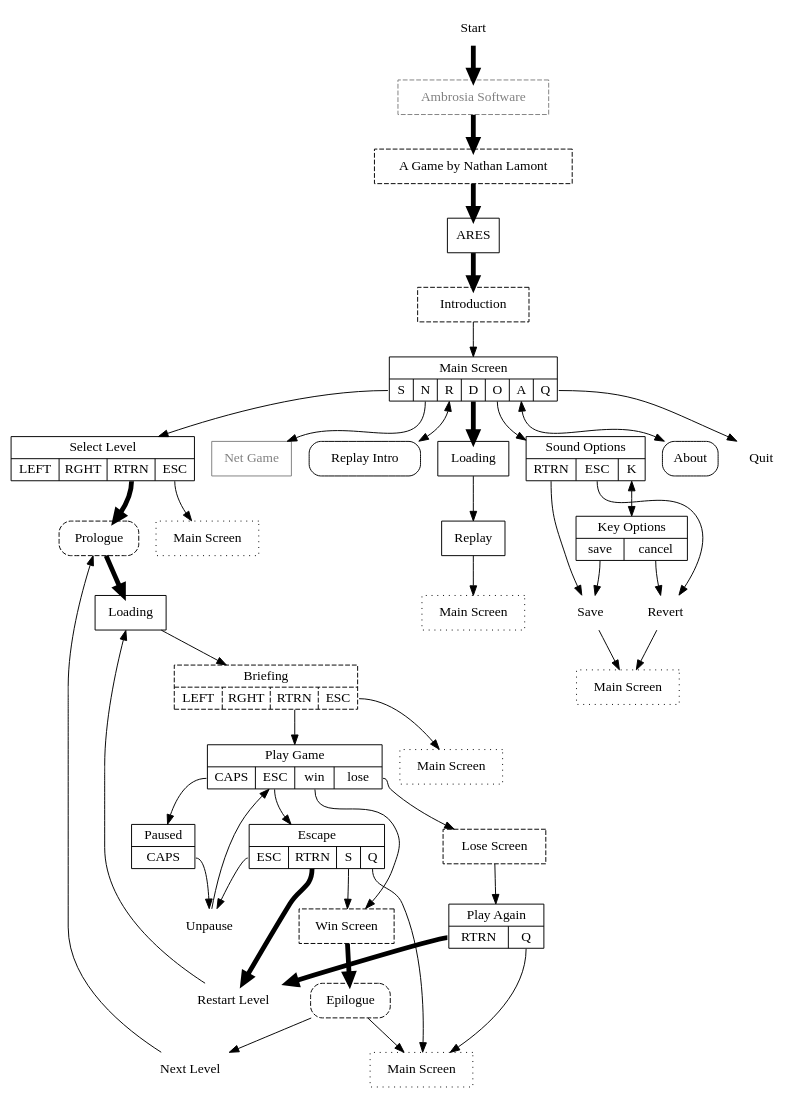
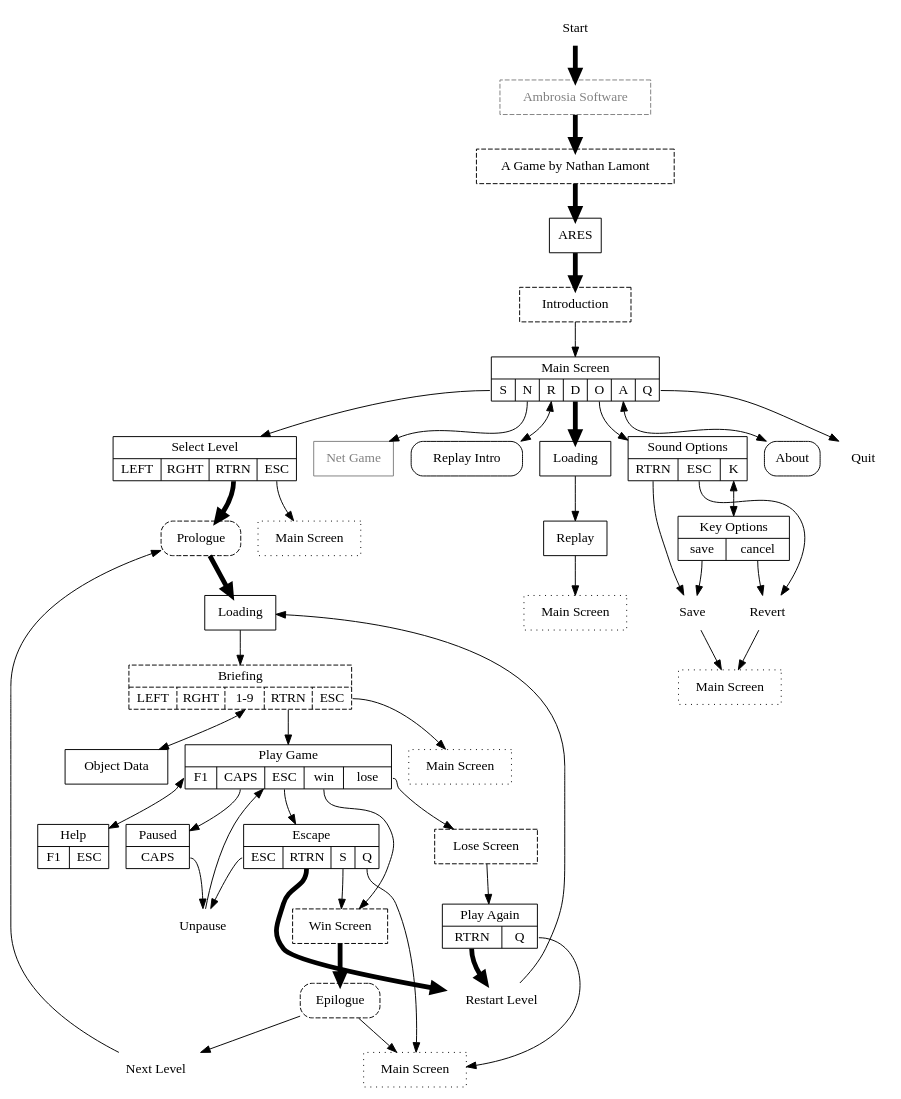
Before and after one commit to arescentral/antares: the diagram in doc/interface.dot, drawn with Graphviz. The commit also changed 1 other file, not shown here.

Commit message:
Add object data and help screens to interface flow

```diff
--- a/doc/interface.dot
+++ b/doc/interface.dot
@@ -1,103 +1,108 @@
 digraph G {
     fontname = "Inconsolata";
     node [fontname="Inconsolata", shape="box"];
     edge [fontname="Inconsolata"];
 
     start [shape="none", label="Start"];
     publisher [label="Ambrosia Software", style="dashed", color="gray", fontcolor="gray"];
     developer [label="A Game by Nathan Lamont", style="dashed"];
     splash [label="ARES"];
     intro [label="Introduction", style="rounded", style="dashed"];
     start -> publisher -> developer -> splash -> intro [penwidth="5"];
     intro -> main;
 
     main [shape="record", label="{Main Screen|{<s>S|<n>N|<r>R|<d>D|<o>O|<a>A|<q>Q}}"];
 
     select_level [shape="record", label="{Select Level|{LEFT|RGHT|<rtrn>RTRN|<esc>ESC}}"];
     select_level_cancel [label="Main Screen", style="dotted"];
     main:s -> select_level;
     select_level:rtrn -> prologue [penwidth="5"];
     select_level:esc -> select_level_cancel;
 
     prologue [label="Prologue", style="rounded,dashed"];
     loading_single [label="Loading"];
-    briefing [shape="record" label="{Briefing|{LEFT|RGHT|<rtrn>RTRN|<esc>ESC}}", style="dashed"];
+    briefing [shape="record" label="{Briefing|{LEFT|RGHT|<n>1-9|<rtrn>RTRN|<esc>ESC}}", style="dashed"];
+    object_data [label="Object Data"];
     briefing_cancel [label="Main Screen", style="dotted"];
     prologue -> loading_single [penwidth="5"];
     loading_single -> briefing;
+    briefing:n -> object_data [dir="both"];
     briefing:rtrn -> game;
     briefing:esc -> briefing_cancel;
 
-    game [shape="record", label="{Play Game|{<caps>CAPS|<esc>ESC|<win>win|<lose>lose}}"];
+    game [shape="record", label="{Play Game|{<f1>F1|<caps>CAPS|<esc>ESC|<win>win|<lose>lose}}"];
     game:caps -> paused;
     game:esc -> escape;
+    game:f1 -> help [dir="both"];
     game:win -> win;
     game:lose -> lose;
 
     paused [shape="record", label="{Paused|<caps>CAPS}"];
     paused:caps -> unpause;
 
     escape [shape="record", label="{Escape|{<esc>ESC|<rtrn>RTRN|<s>S|<q>Q}}"];
     escape:esc -> unpause;
     escape:rtrn -> restart_level [penwidth="5"];
     escape:s -> win;
     escape:q -> game_done;
 
     unpause [label="Unpause", shape="none"];
     unpause -> game;
+
+    help [shape="record", label="{Help|{F1|ESC}}"];
 
     lose [label="Lose Screen", style="dashed"];
     lose -> play_again;
 
     play_again [shape="record", label="{Play Again|{<rtrn>RTRN|<q>Q}}"];
     play_again:rtrn -> restart_level [penwidth="5"];
     play_again:q -> game_done;
 
     win [label="Win Screen", style="dashed"];
     epilogue [label="Epilogue", style="rounded,dashed"];
     win -> epilogue [penwidth="5"];
     epilogue -> next_level;
     epilogue -> game_done;
 
     main:n -> net_game;
     net_game [label="Net Game", color="gray", fontcolor="gray"];
 
     replay_intro [label="Replay Intro", style="rounded"];
     main:r -> replay_intro [dir="both"];
 
     loading_demo [label="Loading"];
     replay [label="Replay"];
     replay_done [label="Main Screen", style="dotted"];
     main:d -> loading_demo [penwidth="5"];
     loading_demo -> replay -> replay_done;
 
     sound [shape="record", label="{Sound Options|{<rtrn>RTRN|<esc>ESC|<k>K}}"];
     main:o -> sound;
     sound:rtrn -> save_options;
     sound:esc -> revert_options;
     sound:k -> keys [dir="both"];
 
     keys [shape="record", label="{Key Options|{<save>save|<cancel>cancel}}"];
     keys:save -> save_options;
     keys:cancel -> revert_options;
 
     save_options [label="Save", shape="none"];
     revert_options [label="Revert", shape="none"];
     options_done [label="Main Screen", style="dotted"];
     save_options -> options_done;
     revert_options -> options_done;
 
     about [label="About", style="rounded"];
     main:a -> about [dir="both"];
 
     quit [shape="none", label="Quit"];
     main:q -> quit;
 
     restart_level [label="Restart Level", shape="none"];
     restart_level -> loading_single;
 
     next_level [label="Next Level", shape="none"];
     next_level -> prologue;
 
     game_done [label="Main Screen", style="dotted"];
 }
```
